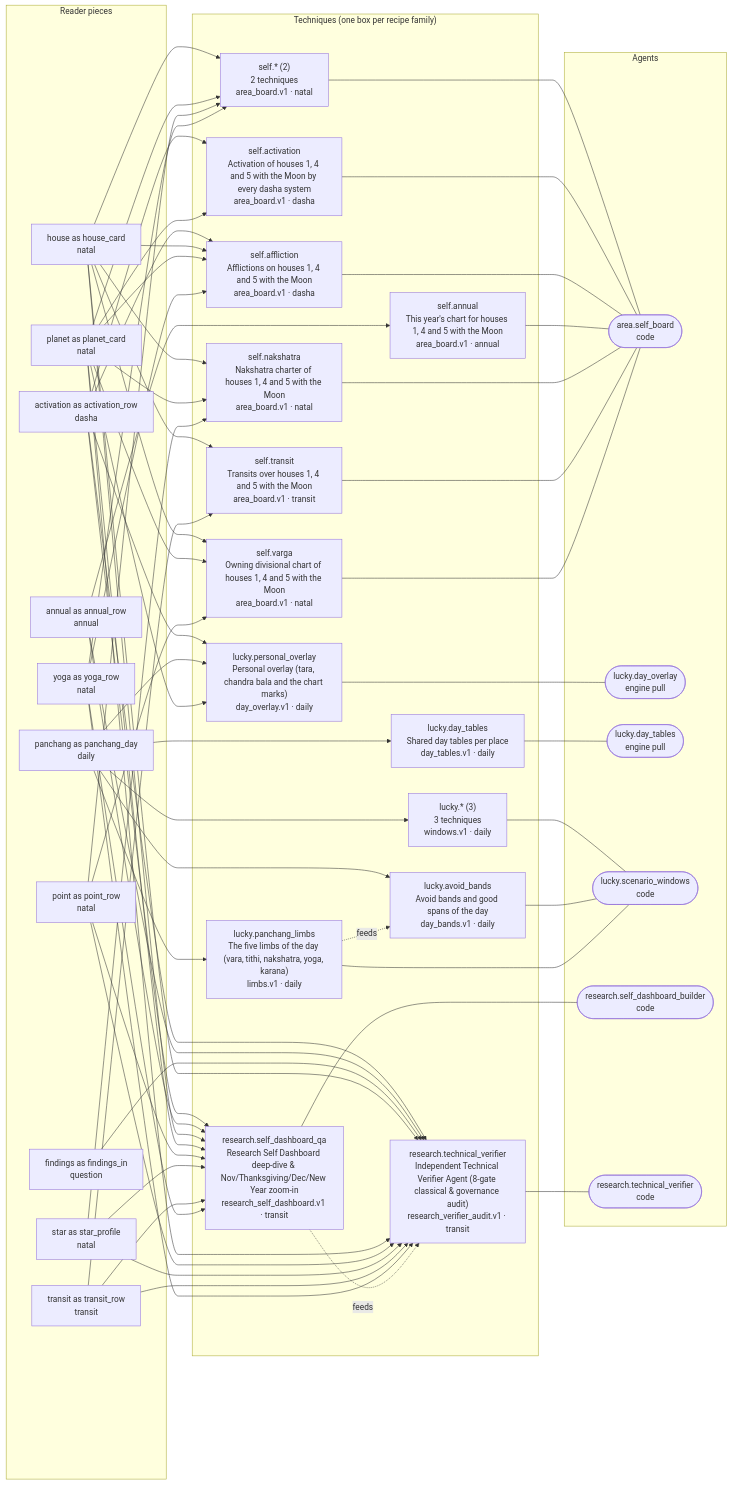
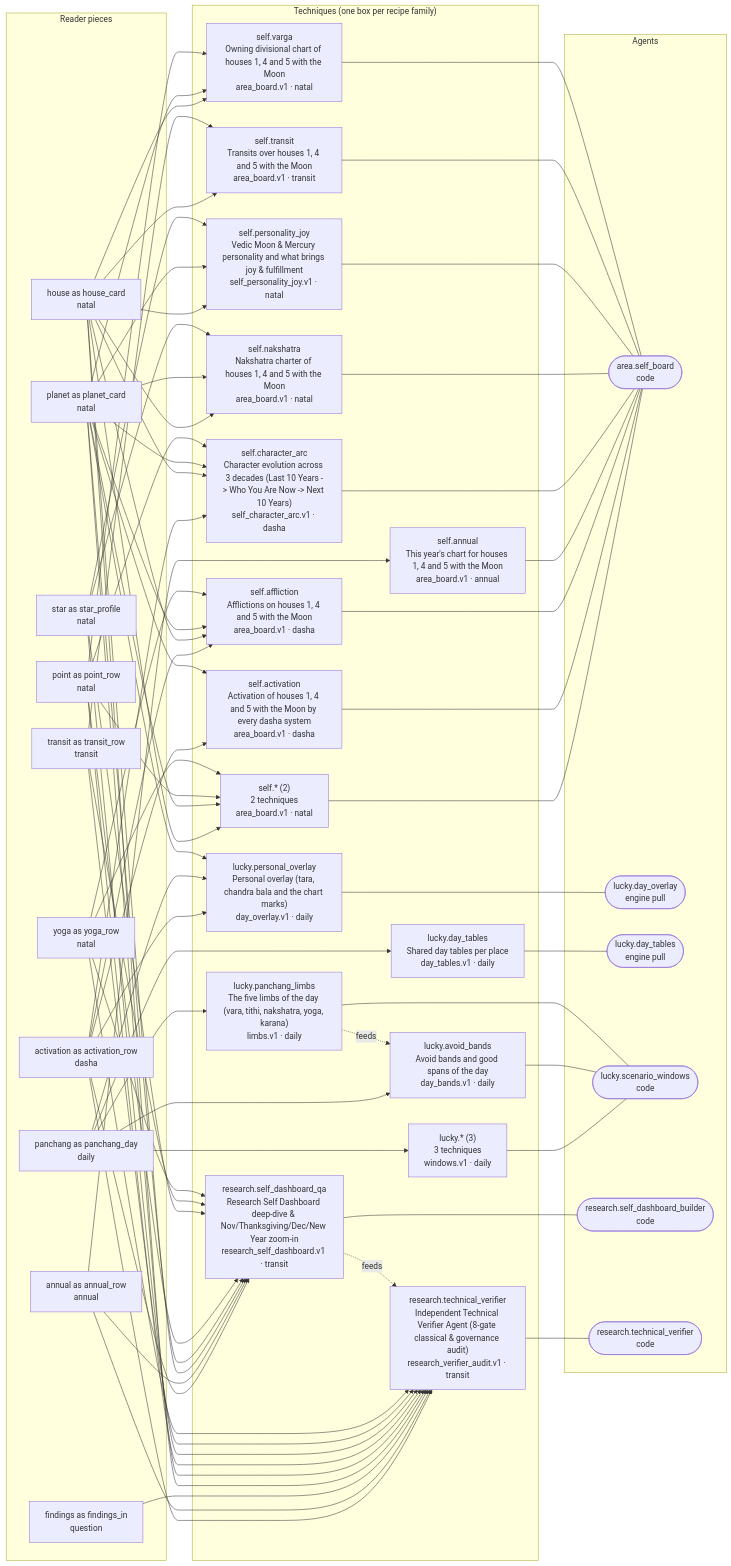
The fourth of 6 diagrams in docs/admin/07-technique-pieces-and-agents.md (sachinm/AIAstraServer), drawn with Mermaid before and after one commit. The commit also changed other lines of this file and 21 other files, not shown here.

Commit message:
feat(self,research): add 3-decade character arc & Moon/Mercury joy techniques, Love/Work research lab, HouseCardFilter vocab & Claude handoff

```diff
--- a/docs/admin/07-technique-pieces-and-agents.md
+++ b/docs/admin/07-technique-pieces-and-agents.md
@@ -424,7 +430,9 @@
     f_self_activation["self.activation<br/>Activation of houses 1, 4 and 5 with the Moon by every dasha system<br/>area_board.v1 · dasha"]
     f_self_affliction["self.affliction<br/>Afflictions on houses 1, 4 and 5 with the Moon<br/>area_board.v1 · dasha"]
     f_self_annual["self.annual<br/>This year's chart for houses 1, 4 and 5 with the Moon<br/>area_board.v1 · annual"]
+    f_self_character_arc["self.character_arc<br/>Character evolution across 3 decades (Last 10 Years -#gt; Who You Are Now -#gt; Next 10 Years)<br/>self_character_arc.v1 · dasha"]
     f_self_nakshatra["self.nakshatra<br/>Nakshatra charter of houses 1, 4 and 5 with the Moon<br/>area_board.v1 · natal"]
+    f_self_personality_joy["self.personality_joy<br/>Vedic Moon & Mercury personality and what brings joy & fulfillment<br/>self_personality_joy.v1 · natal"]
     f_self_transit["self.transit<br/>Transits over houses 1, 4 and 5 with the Moon<br/>area_board.v1 · transit"]
     f_self_varga["self.varga<br/>Owning divisional chart of houses 1, 4 and 5 with the Moon<br/>area_board.v1 · natal"]
   end
@@ -482,10 +490,19 @@
   f_self_affliction --- a_agent_area_self_board
   r_reader_annual_annual_row --> f_self_annual
   f_self_annual --- a_agent_area_self_board
+  r_reader_activation_activation_row --> f_self_character_arc
+  r_reader_house_house_card --> f_self_character_arc
+  r_reader_planet_planet_card --> f_self_character_arc
+  r_reader_point_point_row --> f_self_character_arc
+  f_self_character_arc --- a_agent_area_self_board
   r_reader_house_house_card --> f_self_nakshatra
   r_reader_planet_planet_card --> f_self_nakshatra
   r_reader_star_star_profile --> f_self_nakshatra
   f_self_nakshatra --- a_agent_area_self_board
+  r_reader_house_house_card --> f_self_personality_joy
+  r_reader_planet_planet_card --> f_self_personality_joy
+  r_reader_star_star_profile --> f_self_personality_joy
+  f_self_personality_joy --- a_agent_area_self_board
   r_reader_house_house_card --> f_self_transit
   r_reader_transit_transit_row --> f_self_transit
   f_self_transit --- a_agent_area_self_board
```
